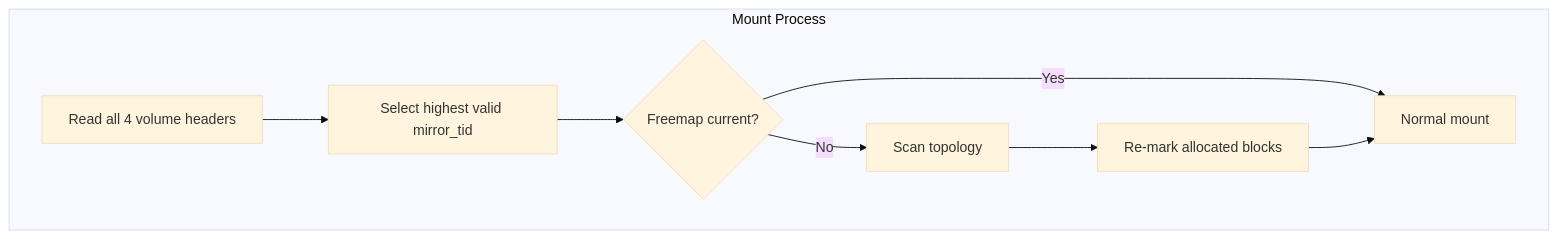
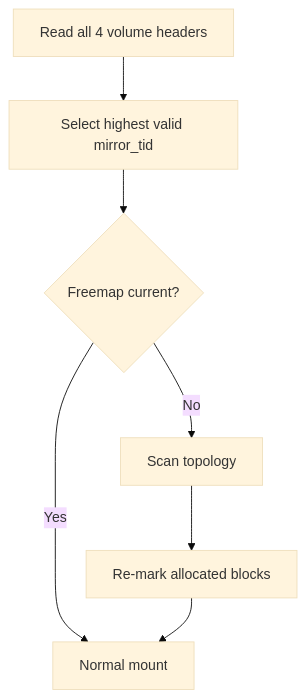
Before and after one commit to tuxillo/dragonflybsd-source-docs: the sixth of 7 diagrams in docs/sys/vfs/hammer2/index.md, drawn with Mermaid (base theme). The commit also changed other lines of this file, not shown here.

First line of the commit message:
docs/hammer2: fix diagrams in overview page

````diff
--- a/docs/sys/vfs/hammer2/index.md
+++ b/docs/sys/vfs/hammer2/index.md
@@ -258,11 +278,9 @@
 ```mermaid
 flowchart TB
-    subgraph mount["Mount Process"]
-        A[Read all 4 volume headers] --> B[Select highest valid mirror_tid]
-        B --> C{Freemap current?}
-        C -->|Yes| D[Normal mount]
-        C -->|No| E[Scan topology]
-        E --> F[Re-mark allocated blocks]
-        F --> D
-    end
+    A[Read all 4 volume headers] --> B[Select highest valid mirror_tid]
+    B --> C{Freemap current?}
+    C -->|Yes| D[Normal mount]
+    C -->|No| E[Scan topology]
+    E --> F[Re-mark allocated blocks]
+    F --> D
 ```
````
